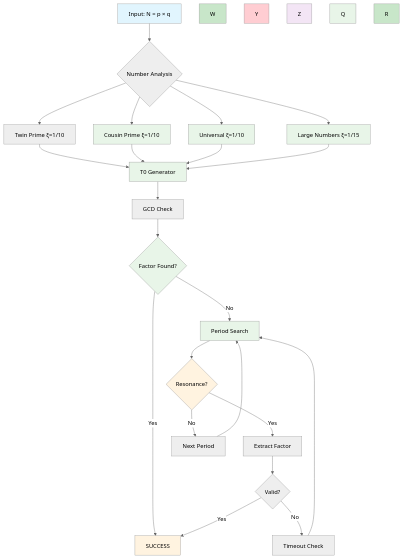
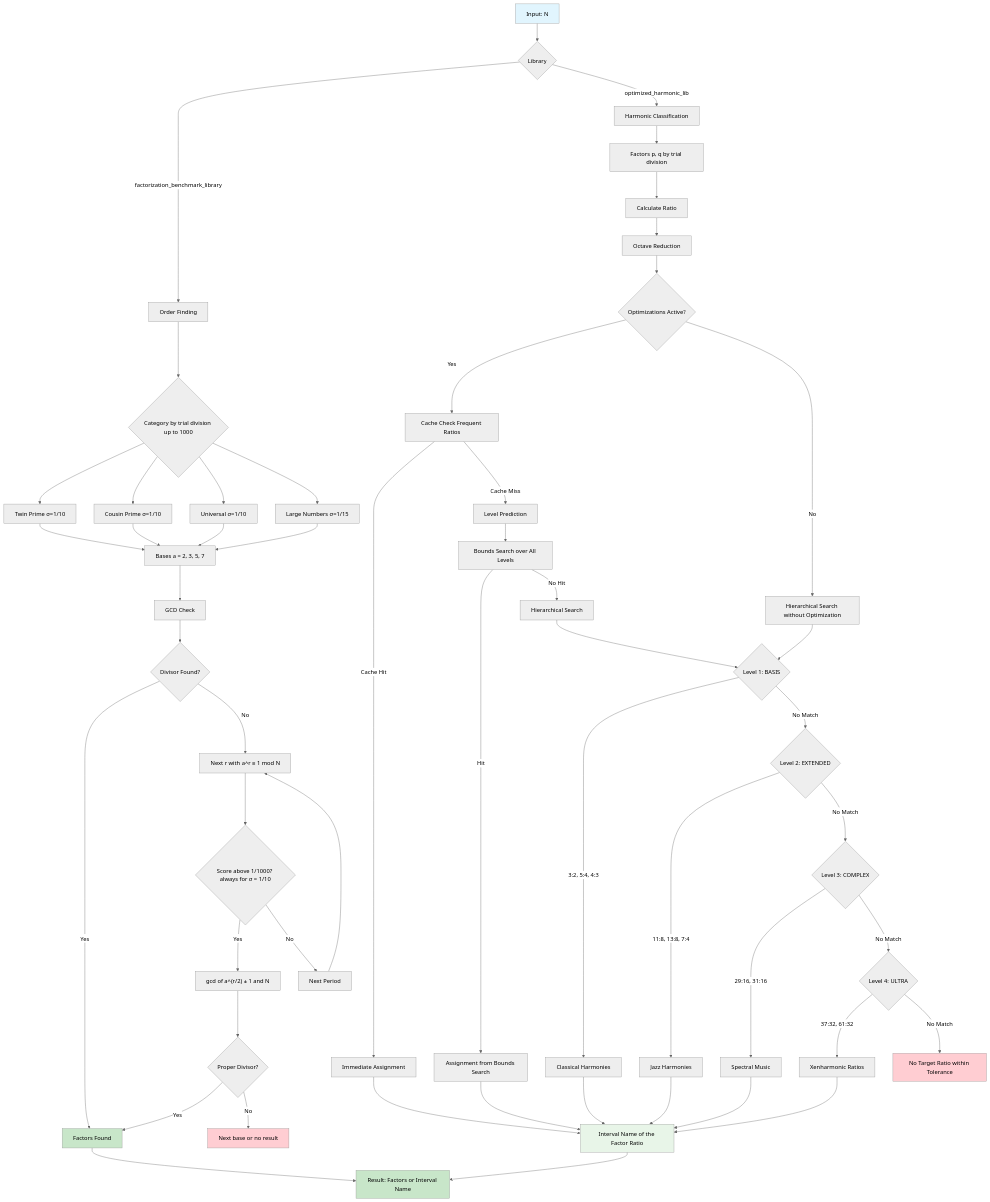
One commit to jpascher/T0-Time-Mass-Duality changed the diagram in rsa/diagrams/t0_framework_en.mmd. Above: the diagram before and after it, drawn with Mermaid (neutral theme). The commit also changed 56 other files, not shown here.

```diff
--- a/rsa/diagrams/t0_framework_en.mmd
+++ b/rsa/diagrams/t0_framework_en.mmd
@@ -1,42 +1,68 @@
 flowchart TD
-    A[Input: N = p × q] --> B{Number Analysis}
-    B --> C[Twin Prime ξ=1/10]
-    B --> D[Cousin Prime ξ=1/10]
-    B --> E[Universal ξ=1/10]
-    B --> F[Large Numbers ξ=1/15]
-    
-    C --> G[T0 Generator]
-    D --> G
-    E --> G
-    F --> G
-    
-    G --> H[GCD Check]
-    H --> I{Factor Found?}
-    I -->|Yes| J[SUCCESS]
-    I -->|No| K[Period Search]
-    K --> L{Resonance?}
-    L -->|Yes| M[Extract Factor]
-    L -->|No| N[Next Period]
-    N --> K
-    M --> O{Valid?}
-    O -->|Yes| J
-    O -->|No| P[Timeout Check]
-    P --> K
-    
-    style A fill:#e1f5fe
-    style J fill:#c8e6c9
-    
-    style A fill:#e1f5fe
-    style W fill:#c8e6c9
-    style Y fill:#ffcdd2
-    style Z fill:#f3e5f5
-    style L fill:#fff3e0
-    style Q fill:#e8f5e8
-    style R fill:#c8e6c9
-    style D fill:#e8f5e8
-    style E fill:#e8f5e8
-    style F fill:#e8f5e8
-    style G fill:#e8f5e8
-    style I fill:#e8f5e8
-    style K fill:#e8f5e8
-    style J fill:#fff3e0
+  A[Input: N] --> B{Library}
+  B -->|factorization_benchmark_library| C[Order Finding]
+  B -->|optimized_harmonic_lib| D[Harmonic Classification]
+
+  %% Order finding
+  C --> E{"Category by trial division up to 1000"}
+  E --> F[Twin Prime σ=1/10]
+  E --> G[Cousin Prime σ=1/10]
+  E --> H[Universal σ=1/10]
+  E --> I[Large Numbers σ=1/15]
+  F --> J["Bases a = 2, 3, 5, 7"]
+  G --> J
+  H --> J
+  I --> J
+  J --> K[GCD Check]
+  K --> L{Divisor Found?}
+  L -->|Yes| M[Factors Found]
+  L -->|No| N["Next r with a^r ≡ 1 mod N"]
+  N --> O{"Score above 1/1000? always for σ = 1/10"}
+  O -->|Yes| P["gcd of a^(r/2) ± 1 and N"]
+  O -->|No| Q[Next Period]
+  Q --> N
+  P --> R{Proper Divisor?}
+  R -->|Yes| M
+  R -->|No| S["Next base or no result"]
+
+  %% Harmonic classification
+  D --> T[Factors p, q by trial division]
+  T --> U[Calculate Ratio]
+  U --> V[Octave Reduction]
+  V --> W{Optimizations Active?}
+  W -->|Yes| X[Cache Check Frequent Ratios]
+  W -->|No| Y[Hierarchical Search without Optimization]
+  X -->|Cache Hit| Z[Immediate Assignment]
+  X -->|Cache Miss| AA[Level Prediction]
+  AA --> BB[Bounds Search over All Levels]
+  BB -->|Hit| CC[Assignment from Bounds Search]
+  BB -->|No Hit| DD[Hierarchical Search]
+  DD --> EE{Level 1: BASIS}
+  EE -->|3:2, 5:4, 4:3| FF[Classical Harmonies]
+  EE -->|No Match| GG{Level 2: EXTENDED}
+  GG -->|11:8, 13:8, 7:4| HH[Jazz Harmonies]
+  GG -->|No Match| II{Level 3: COMPLEX}
+  II -->|29:16, 31:16| JJ[Spectral Music]
+  II -->|No Match| KK{Level 4: ULTRA}
+  KK -->|37:32, 61:32| LL[Xenharmonic Ratios]
+  KK -->|No Match| MM[No Target Ratio within Tolerance]
+
+  Y --> EE
+
+  %% Outputs
+  Z --> NN[Interval Name of the Factor Ratio]
+  CC --> NN
+  FF --> NN
+  HH --> NN
+  JJ --> NN
+  LL --> NN
+
+  M --> OO[Result: Factors or Interval Name]
+  NN --> OO
+
+  style A fill:#e1f5fe
+  style OO fill:#c8e6c9
+  style M fill:#c8e6c9
+  style NN fill:#e8f5e8
+  style MM fill:#ffcdd2
+  style S fill:#ffcdd2
```
